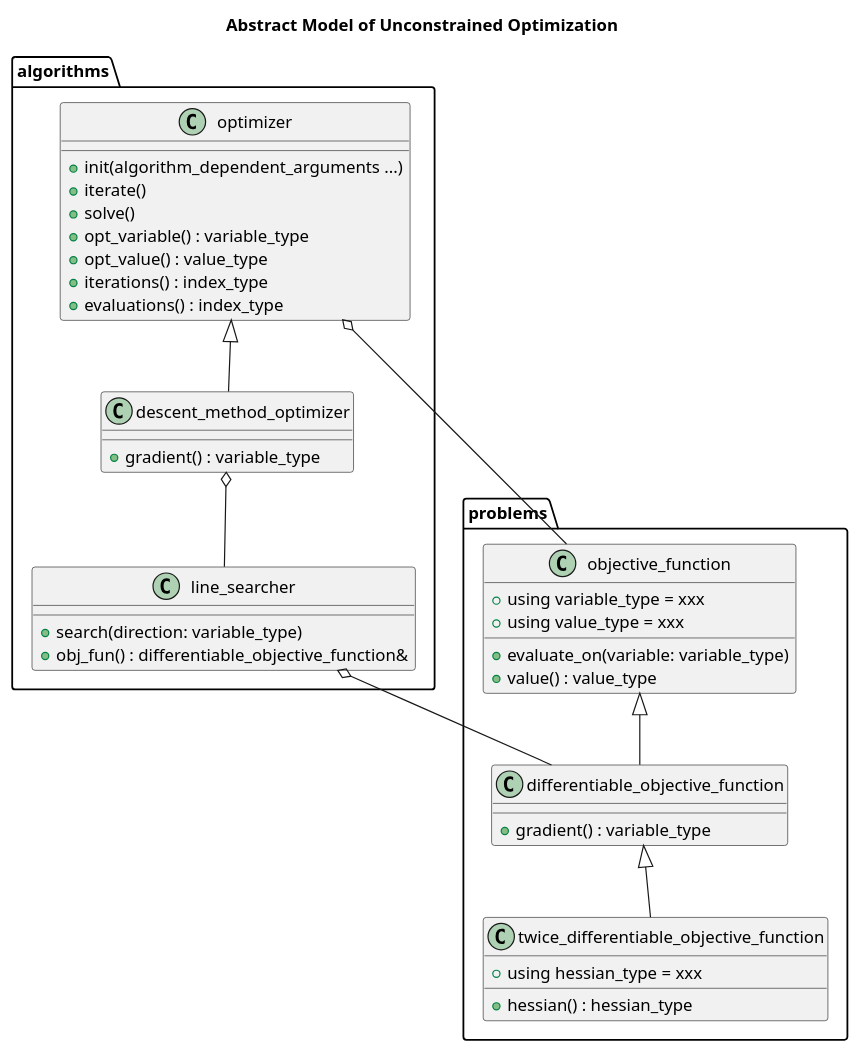
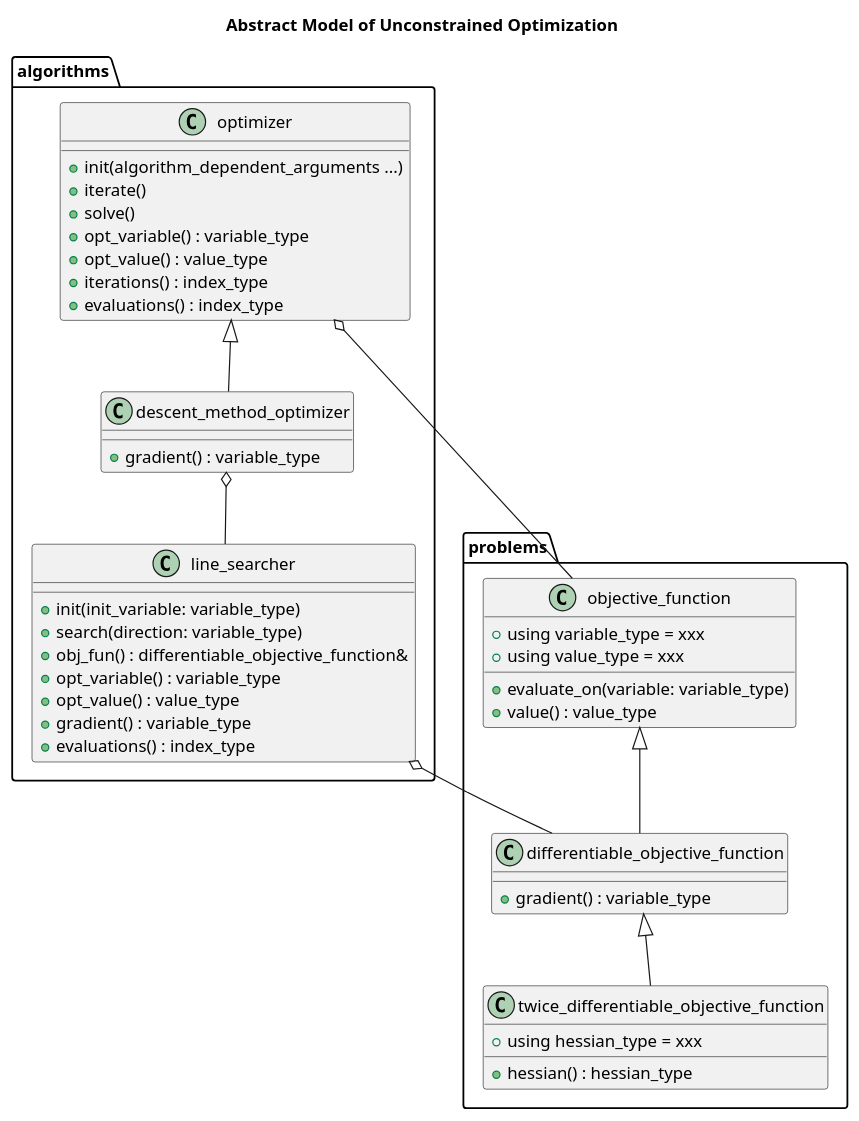
The diagram in doc/sphinx/src/basic_design/optimization.rst (MusicScience37/numerical-collection-cpp), drawn with PlantUML before and after one commit. The commit also changed 4 other files, not shown here.

```diff
--- a/doc/sphinx/src/basic_design/optimization.rst
+++ b/doc/sphinx/src/basic_design/optimization.rst
@@ -12,48 +12,53 @@
 .. uml::
 
     title Abstract Model of Unconstrained Optimization
 
     package problems {
         class objective_function {
             + using variable_type = xxx
             + using value_type = xxx
             + evaluate_on(variable: variable_type)
             + value() : value_type
         }
 
         class differentiable_objective_function {
             + gradient() : variable_type
         }
         objective_function <|-- differentiable_objective_function
 
         class twice_differentiable_objective_function {
             + using hessian_type = xxx
             + hessian() : hessian_type
         }
         differentiable_objective_function <|-- twice_differentiable_objective_function
     }
 
     package algorithms {
         class optimizer {
             + init(algorithm_dependent_arguments ...)
             + iterate()
             + solve()
             + opt_variable() : variable_type
             + opt_value() : value_type
             + iterations() : index_type
             + evaluations() : index_type
         }
         optimizer o-- objective_function
 
         class line_searcher {
+            + init(init_variable: variable_type)
             + search(direction: variable_type)
             + obj_fun() : differentiable_objective_function&
+            + opt_variable() : variable_type
+            + opt_value() : value_type
+            + gradient() : variable_type
+            + evaluations() : index_type
         }
         line_searcher o-- differentiable_objective_function
 
         class descent_method_optimizer {
             + gradient() : variable_type
         }
         optimizer <|-- descent_method_optimizer
         descent_method_optimizer o-- line_searcher
     }
```
